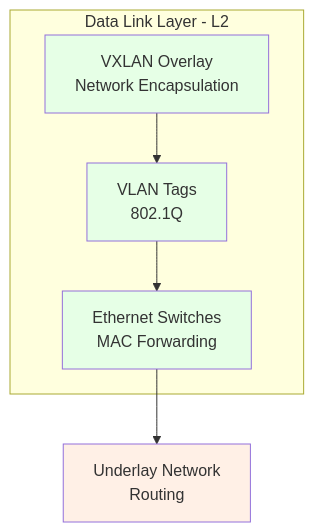
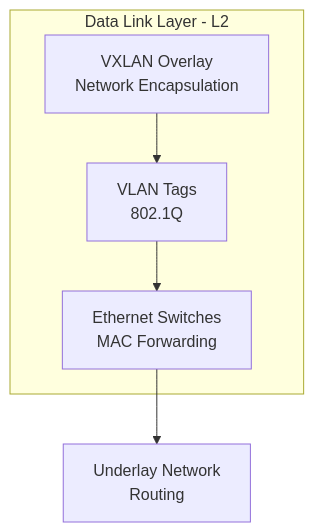
Before and after one commit to twogc/cloudbridge-docs: the third of 10 diagrams in ARCHITECTURE/NETWORK_LAYERS_OSI_MODEL.md, drawn with Mermaid. The commit also changed other lines of this file and 1 other file, not shown here.

````diff
--- a/ARCHITECTURE/NETWORK_LAYERS_OSI_MODEL.md
+++ b/ARCHITECTURE/NETWORK_LAYERS_OSI_MODEL.md
@@ -108,17 +95,12 @@
 ```mermaid
 graph TB
     subgraph "Data Link Layer - L2"
         SWITCH["Ethernet Switches<br/>MAC Forwarding"]
         VLAN["VLAN Tags<br/>802.1Q"]
         OVERLAY["VXLAN Overlay<br/>Network Encapsulation"]
     end
     
     VLAN --> SWITCH
     OVERLAY --> VLAN
     SWITCH --> UNDERLAY["Underlay Network<br/>Routing"]
-    
-    style SWITCH fill:#e6ffe6
-    style VLAN fill:#e6ffe6
-    style OVERLAY fill:#e6ffe6
-    style UNDERLAY fill:#fff0e6
 ```
````
